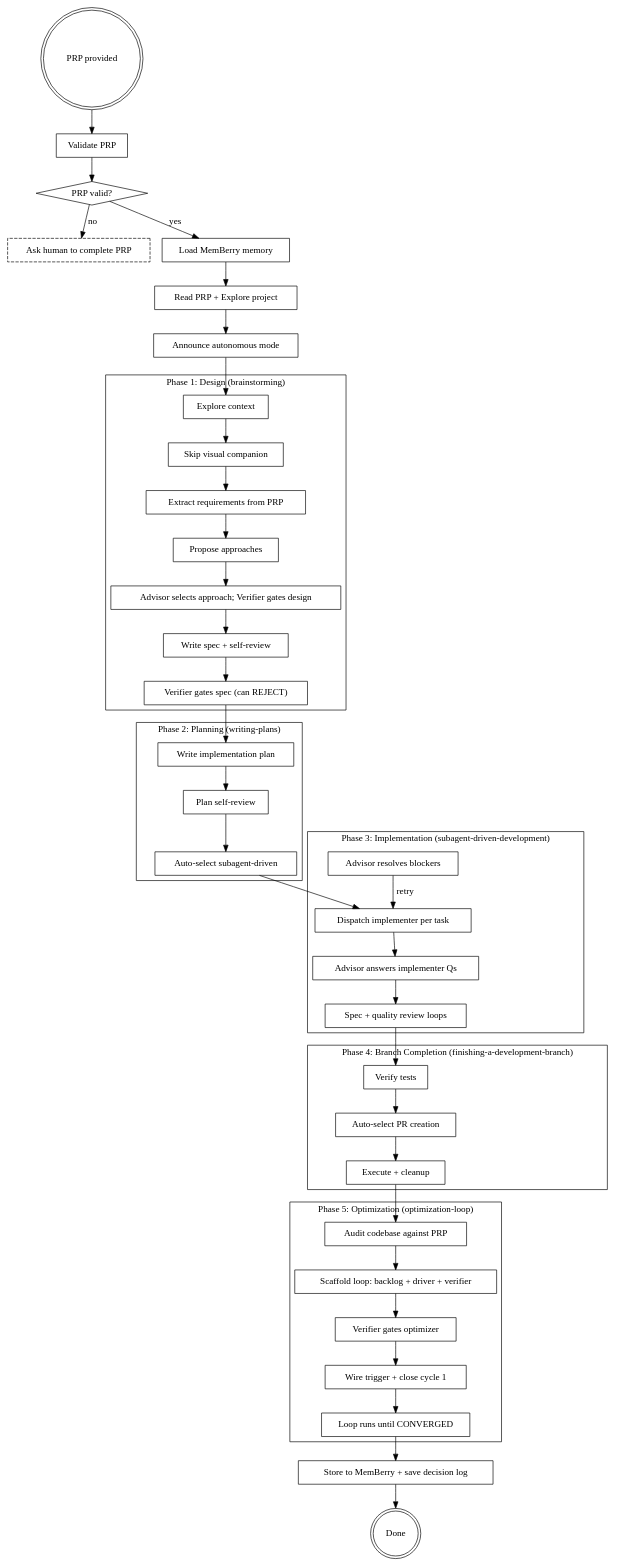
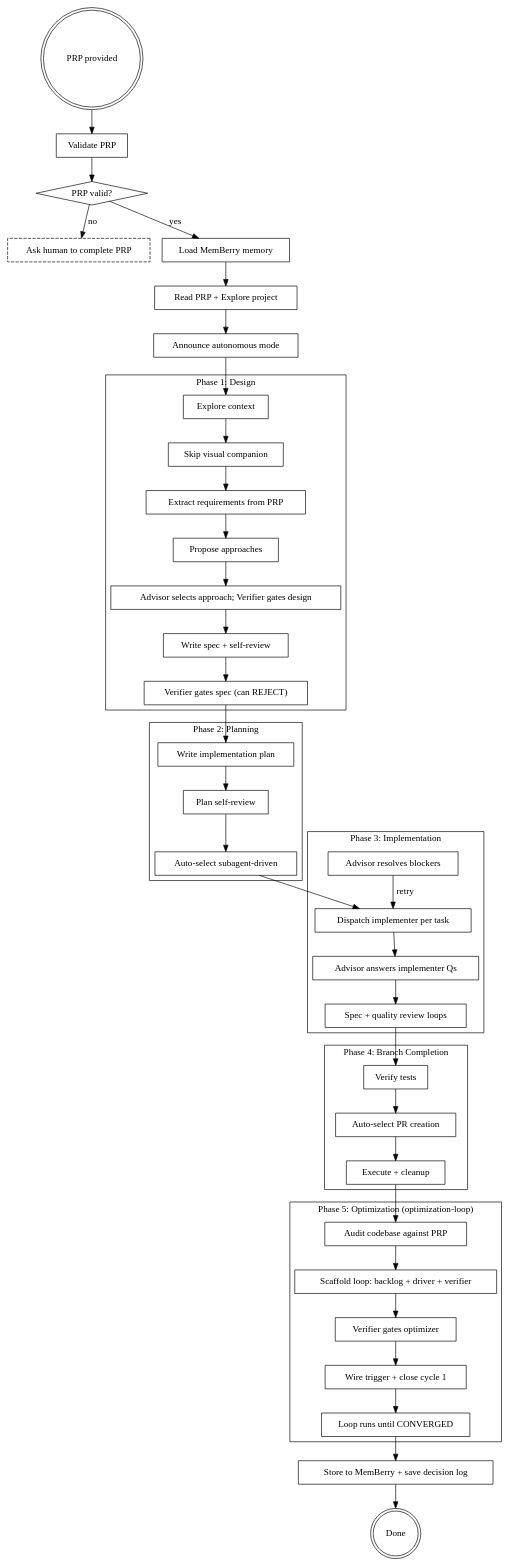
Before and after one commit to AP3X-Dev/skill-jar: the diagram in development/autonomous-advisor/SKILL.md, drawn with Graphviz. The commit also changed other lines of this file and 17 other files, not shown here.

```diff
--- a/development/autonomous-advisor/SKILL.md
+++ b/development/autonomous-advisor/SKILL.md
@@ -305,7 +309,7 @@
     "Announce autonomous mode" [shape=box];
 
     subgraph cluster_design {
-        label="Phase 1: Design (brainstorming)";
+        label="Phase 1: Design";
         "Explore context" [shape=box];
         "Skip visual companion" [shape=box];
         "Extract requirements from PRP" [shape=box];
@@ -316,14 +320,14 @@
     }
 
     subgraph cluster_plan {
-        label="Phase 2: Planning (writing-plans)";
+        label="Phase 2: Planning";
         "Write implementation plan" [shape=box];
         "Plan self-review" [shape=box];
         "Auto-select subagent-driven" [shape=box];
     }
 
     subgraph cluster_implement {
-        label="Phase 3: Implementation (subagent-driven-development)";
+        label="Phase 3: Implementation";
         "Dispatch implementer per task" [shape=box];
         "Advisor answers implementer Qs" [shape=box];
         "Advisor resolves blockers" [shape=box];
@@ -331,7 +335,7 @@
     }
 
     subgraph cluster_finish {
-        label="Phase 4: Branch Completion (finishing-a-development-branch)";
+        label="Phase 4: Branch Completion";
         "Verify tests" [shape=box];
         "Auto-select PR creation" [shape=box];
         "Execute + cleanup" [shape=box];
```
